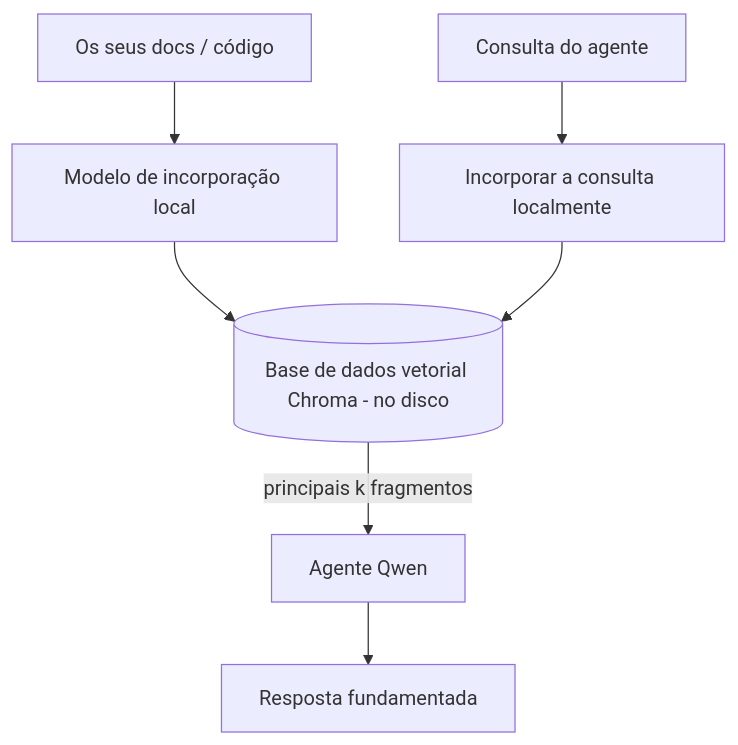
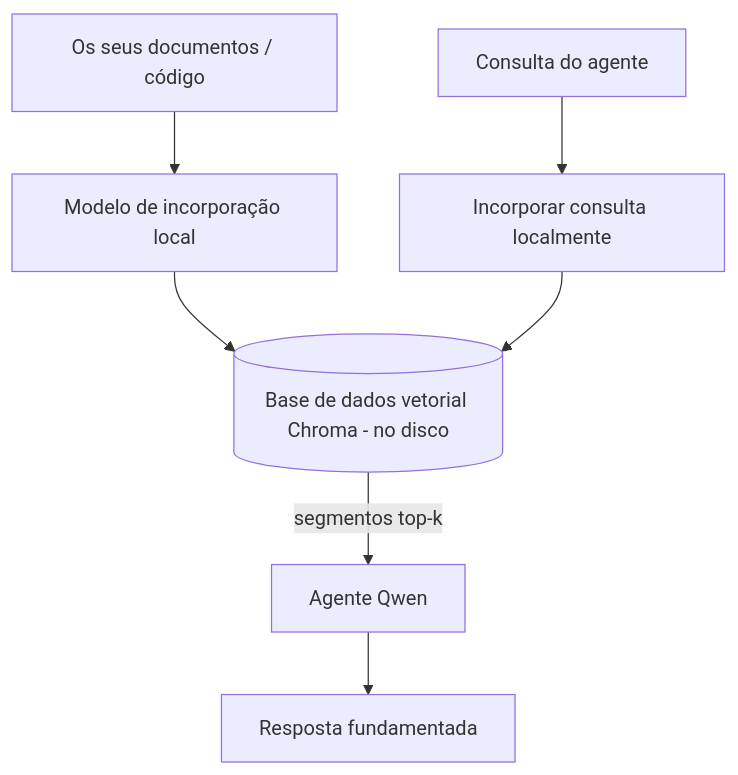
The third of 4 diagrams in mirrors/repos/microsoft@ai-agents-for-beginners/translations/pt-PT/17-creating-local-ai-agents/README.md (gabrielmoreira/agent-skills-mirror), drawn with Mermaid before and after one commit. The commit also changed other lines of this file and 4262 other files, not shown here.

````diff
--- a/mirrors/repos/microsoft@ai-agents-for-beginners/translations/pt-PT/17-creating-local-ai-agents/README.md
+++ b/mirrors/repos/microsoft@ai-agents-for-beginners/translations/pt-PT/17-creating-local-ai-agents/README.md
@@ -125,9 +125,9 @@
 ```mermaid
 flowchart TB
-    D[Os seus docs / código] --> E[Modelo de incorporação local]
+    D[Os seus documentos / código] --> E[Modelo de incorporação local]
     E --> V[(Base de dados vetorial Chroma - no disco)]
-    Q[Consulta do agente] --> QE[Incorporar a consulta localmente]
+    Q[Consulta do agente] --> QE[Incorporar consulta localmente]
     QE --> V
-    V -->|principais k fragmentos| A[Agente Qwen]
+    V -->|segmentos top-k| A[Agente Qwen]
     A --> Ans[Resposta fundamentada]
 ```
````
